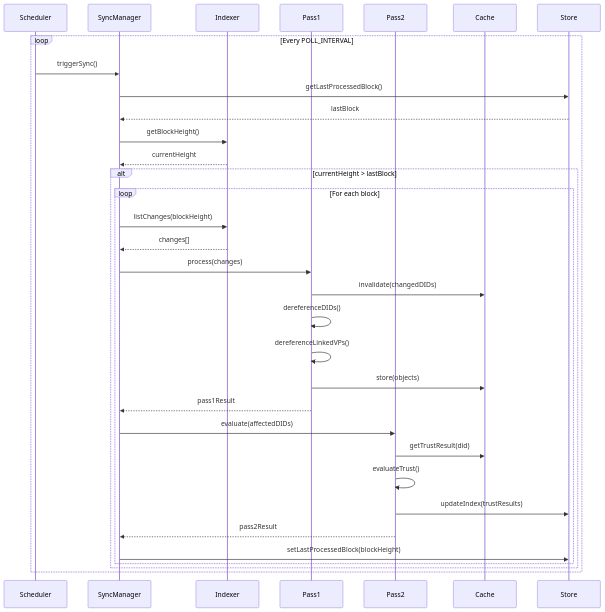
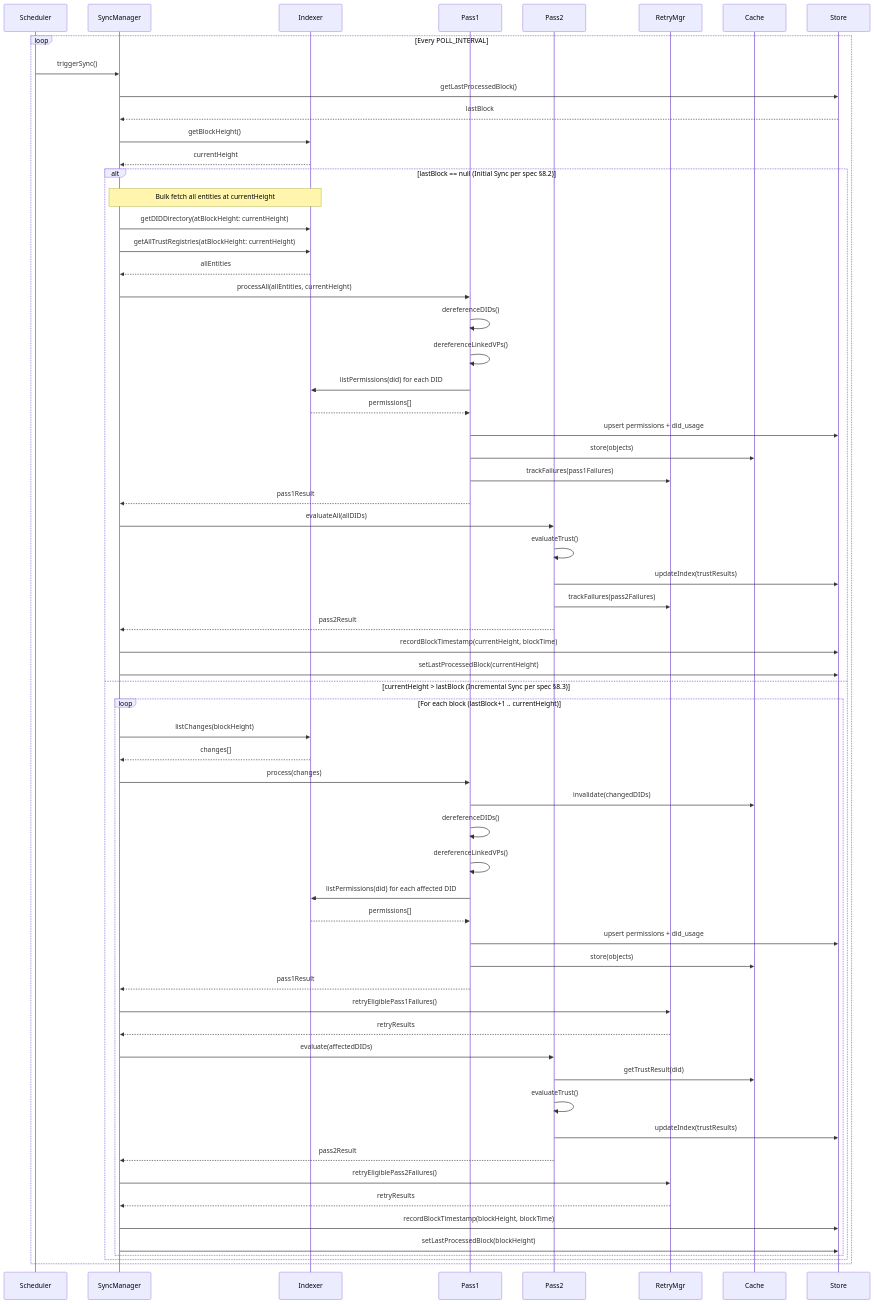
Before and after one commit to verana-labs/verana-resolver: the third of 6 diagrams in implementation-plan.md, drawn with Mermaid. The commit also changed other lines of this file, not shown here.

Commit message:
feat: improve and simplified spec plus implementation plan

````diff
--- a/implementation-plan.md
+++ b/implementation-plan.md
@@ -290,40 +292,76 @@
 ```mermaid
 sequenceDiagram
     participant Scheduler
     participant SyncManager
     participant Indexer
     participant Pass1
     participant Pass2
+    participant RetryMgr
     participant Cache
     participant Store
 
     loop Every POLL_INTERVAL
         Scheduler->>SyncManager: triggerSync()
         SyncManager->>Store: getLastProcessedBlock()
         Store-->>SyncManager: lastBlock
         SyncManager->>Indexer: getBlockHeight()
         Indexer-->>SyncManager: currentHeight
         
-        alt currentHeight > lastBlock
-            loop For each block
+        alt lastBlock == null (Initial Sync per spec §8.2)
+            Note over SyncManager,Indexer: Bulk fetch all entities at currentHeight
+            SyncManager->>Indexer: getDIDDirectory(atBlockHeight: currentHeight)
+            SyncManager->>Indexer: getAllTrustRegistries(atBlockHeight: currentHeight)
+            Indexer-->>SyncManager: allEntities
+
+            SyncManager->>Pass1: processAll(allEntities, currentHeight)
+            Pass1->>Pass1: dereferenceDIDs()
+            Pass1->>Pass1: dereferenceLinkedVPs()
+            Pass1->>Indexer: listPermissions(did) for each DID
+            Indexer-->>Pass1: permissions[]
+            Pass1->>Store: upsert permissions + did_usage
+            Pass1->>Cache: store(objects)
+            Pass1->>RetryMgr: trackFailures(pass1Failures)
+            Pass1-->>SyncManager: pass1Result
+
+            SyncManager->>Pass2: evaluateAll(allDIDs)
+            Pass2->>Pass2: evaluateTrust()
+            Pass2->>Store: updateIndex(trustResults)
+            Pass2->>RetryMgr: trackFailures(pass2Failures)
+            Pass2-->>SyncManager: pass2Result
+
+            SyncManager->>Store: recordBlockTimestamp(currentHeight, blockTime)
+            SyncManager->>Store: setLastProcessedBlock(currentHeight)
+
+        else currentHeight > lastBlock (Incremental Sync per spec §8.3)
+            loop For each block (lastBlock+1 .. currentHeight)
                 SyncManager->>Indexer: listChanges(blockHeight)
                 Indexer-->>SyncManager: changes[]
                 
                 SyncManager->>Pass1: process(changes)
                 Pass1->>Cache: invalidate(changedDIDs)
                 Pass1->>Pass1: dereferenceDIDs()
                 Pass1->>Pass1: dereferenceLinkedVPs()
+                Pass1->>Indexer: listPermissions(did) for each affected DID
+                Indexer-->>Pass1: permissions[]
+                Pass1->>Store: upsert permissions + did_usage
                 Pass1->>Cache: store(objects)
                 Pass1-->>SyncManager: pass1Result
+
+                SyncManager->>RetryMgr: retryEligiblePass1Failures()
+                RetryMgr-->>SyncManager: retryResults
                 
                 SyncManager->>Pass2: evaluate(affectedDIDs)
                 Pass2->>Cache: getTrustResult(did)
                 Pass2->>Pass2: evaluateTrust()
                 Pass2->>Store: updateIndex(trustResults)
                 Pass2-->>SyncManager: pass2Result
+
+                SyncManager->>RetryMgr: retryEligiblePass2Failures()
+                RetryMgr-->>SyncManager: retryResults
                 
+                SyncManager->>Store: recordBlockTimestamp(blockHeight, blockTime)
                 SyncManager->>Store: setLastProcessedBlock(blockHeight)
             end
         end
     end
 ```
````
